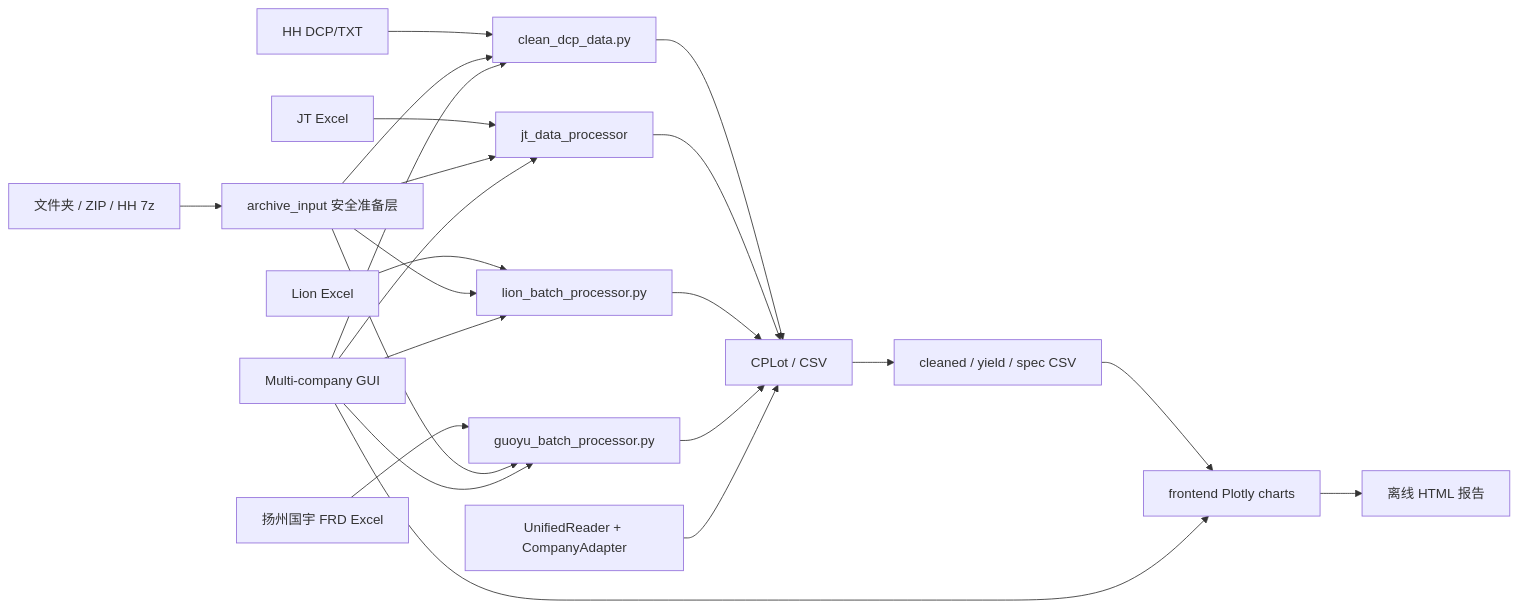
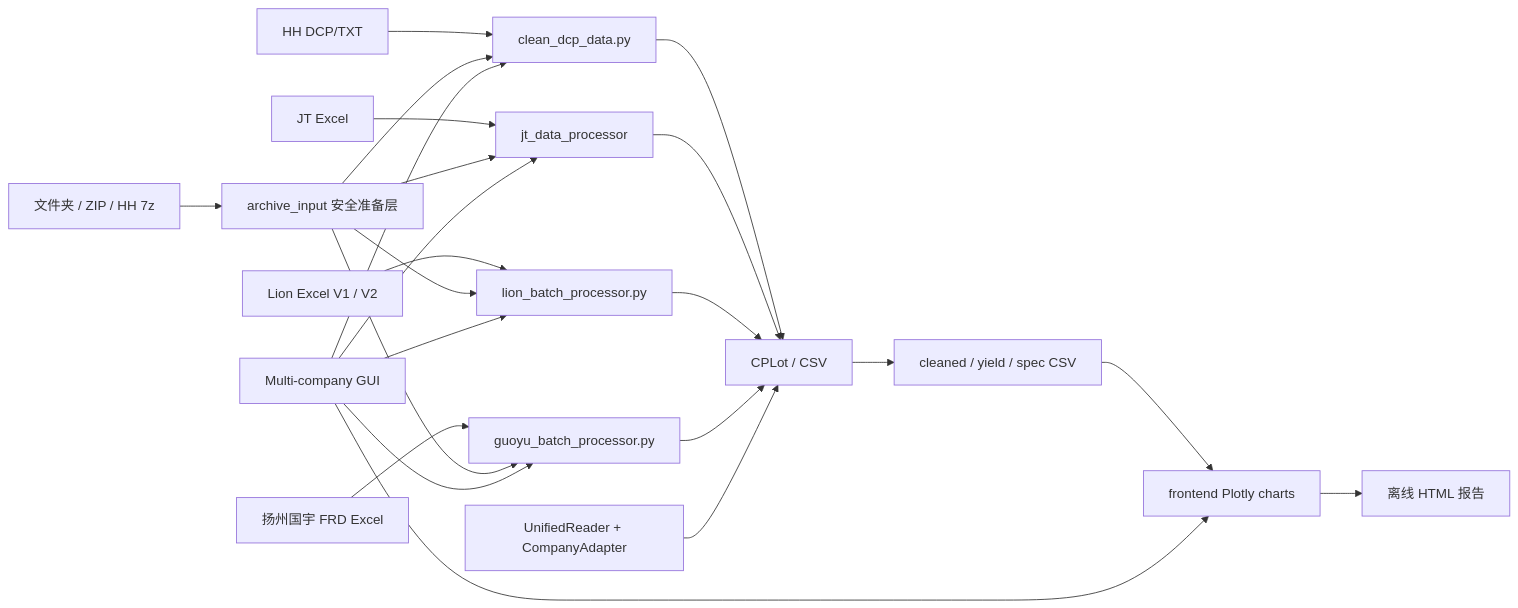
The diagram in docs/architecture.md (Chenchao981/cp_data_ansys), drawn with Mermaid before and after one commit. The commit also changed other lines of this file and 13 other files, not shown here.

````diff
--- a/docs/architecture.md
+++ b/docs/architecture.md
@@ -17,25 +17,25 @@
 ```mermaid
 flowchart LR
     A["HH DCP/TXT"] --> H["clean_dcp_data.py"]
     B["JT Excel"] --> J["jt_data_processor"]
-    C["Lion Excel"] --> L["lion_batch_processor.py"]
+    C["Lion Excel V1 / V2"] --> L["lion_batch_processor.py"]
     D["扬州国宇 FRD Excel"] --> Y["guoyu_batch_processor.py"]
     Z["文件夹 / ZIP / HH 7z"] --> P["archive_input 安全准备层"]
     P --> H
     P --> J
     P --> L
     P --> Y
     H --> M["CPLot / CSV"]
     J --> M
     L --> M
     Y --> M
     U["UnifiedReader + CompanyAdapter"] --> M
     M --> S["cleaned / yield / spec CSV"]
     S --> F["frontend Plotly charts"]
     F --> R["离线 HTML 报告"]
     G["Multi-company GUI"] --> H
     G --> J
     G --> L
     G --> Y
     G --> F
 ```
````
